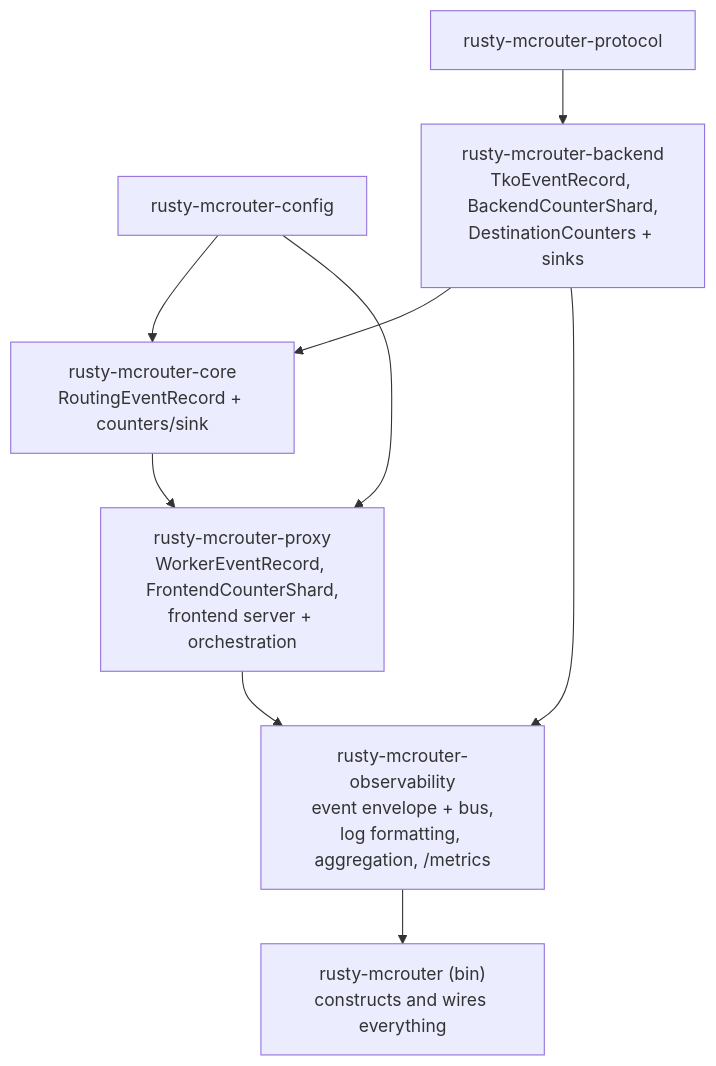
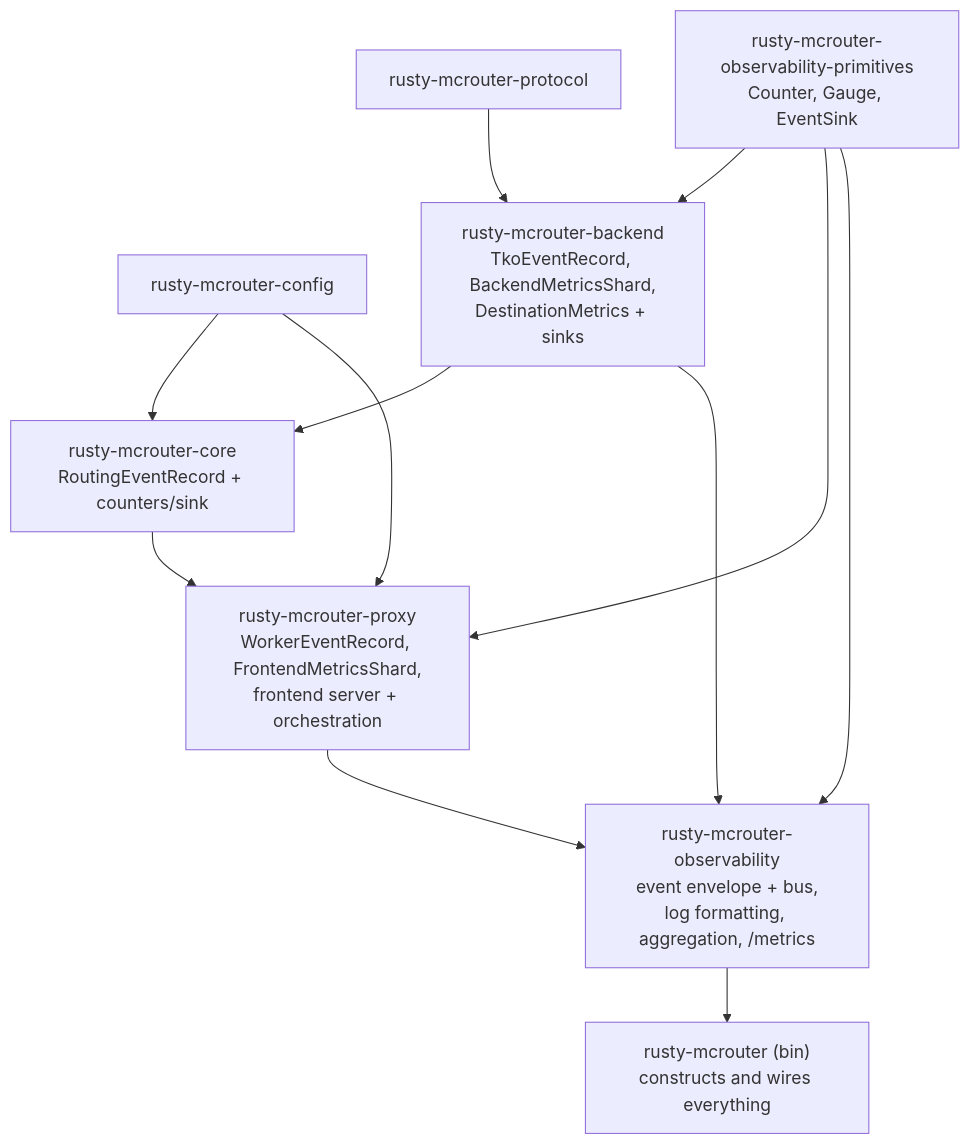
The second of 3 diagrams in docs/design/0001-observability.md (raydatray/rusty-mcrouter), drawn with Mermaid before and after one commit. The commit also changed other lines of this file and 3 other files, not shown here.

````diff
--- a/docs/design/0001-observability.md
+++ b/docs/design/0001-observability.md
@@ -130,14 +130,18 @@
 ```mermaid
 flowchart TB
     P[rusty-mcrouter-protocol]
     K[rusty-mcrouter-config]
-    N["rusty-mcrouter-backend<br/>TkoEventRecord, BackendCounterShard,<br/>DestinationCounters + sinks"]
+    Q["rusty-mcrouter-observability-primitives<br/>Counter, Gauge, EventSink"]
+    N["rusty-mcrouter-backend<br/>TkoEventRecord, BackendMetricsShard,<br/>DestinationMetrics + sinks"]
     C["rusty-mcrouter-core<br/>RoutingEventRecord + counters/sink"]
-    X["rusty-mcrouter-proxy<br/>WorkerEventRecord, FrontendCounterShard,<br/>frontend server + orchestration"]
+    X["rusty-mcrouter-proxy<br/>WorkerEventRecord, FrontendMetricsShard,<br/>frontend server + orchestration"]
     O["rusty-mcrouter-observability<br/>event envelope + bus,<br/>log formatting, aggregation, /metrics"]
     B["rusty-mcrouter (bin)<br/>constructs and wires everything"]
     P --> N --> C --> X --> O --> B
     K --> C
     K --> X
     N --> O
+    Q --> N
+    Q --> X
+    Q --> O
 ```
````
